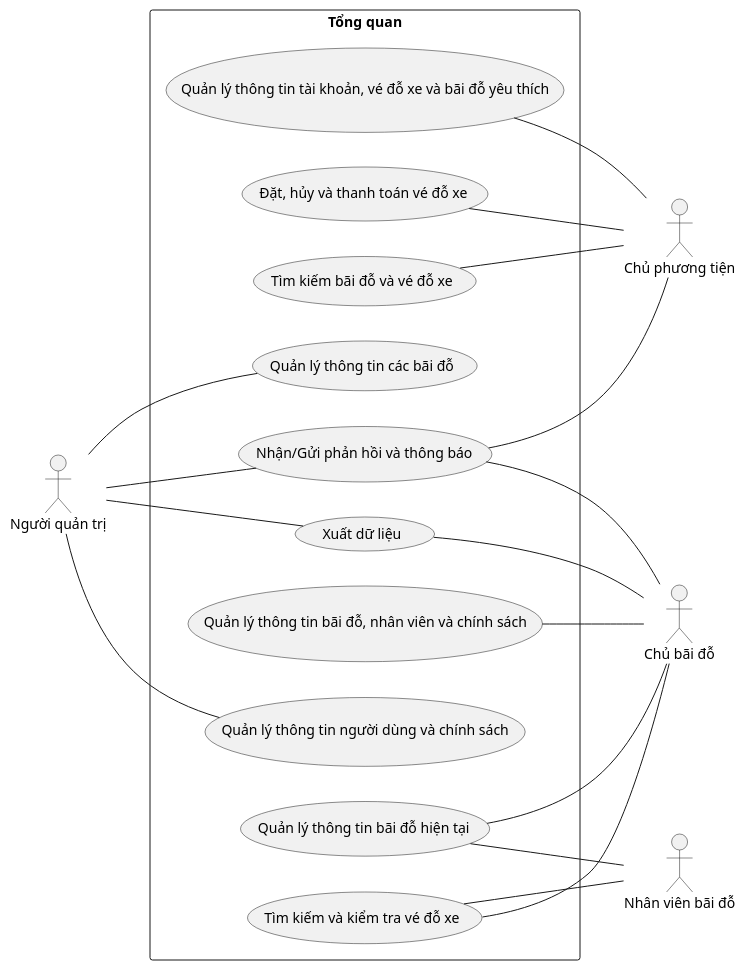
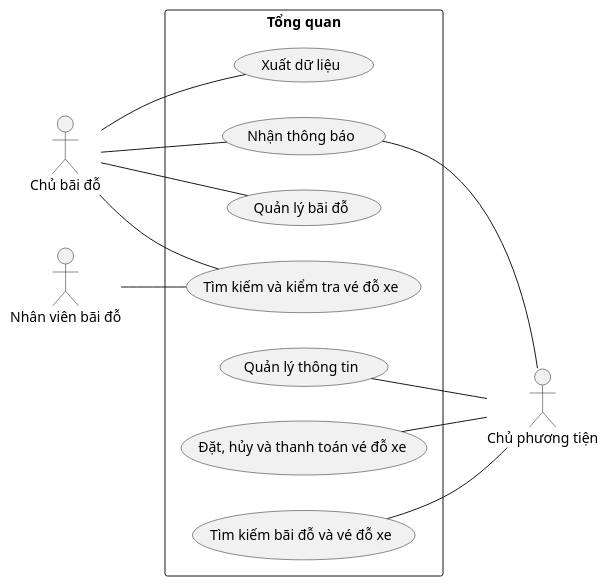
One commit to hieutbui/graduation-diagram changed the diagram in usecase/general.wsd. Above: the diagram before and after it, drawn with PlantUML. The commit also changed 10 other files, not shown here.

```diff
--- a/usecase/general.wsd
+++ b/usecase/general.wsd
@@ -1,32 +1,25 @@
 @startuml general
 
 left to right direction
 skinparam packageStyle rect
 
-actor "Người quản trị" as Admin
+actor "Chủ bãi đỗ" as ParkingOwner
+actor "Nhân viên bãi đỗ" as ParkingStaff
+
 actor "Chủ phương tiện" as VehicleOwner
-actor "Nhân viên bãi đỗ" as ParkingStaff
-actor "Chủ bãi đỗ" as ParkingOwner
 
 rectangle "Tổng quan" as GeneralDiagram {
-  'Admin'
-    Admin -- (Quản lý thông tin các bãi đỗ)
-    Admin -- (Quản lý thông tin người dùng và chính sách)
-    Admin -- (Xuất dữ liệu)
-    Admin -- (Nhận/Gửi phản hồi và thông báo)
   'ParkingStaff'
-    (Quản lý thông tin bãi đỗ hiện tại) -- ParkingStaff
-    (Tìm kiếm và kiểm tra vé đỗ xe) -- ParkingStaff
+    ParkingStaff -- (Tìm kiếm và kiểm tra vé đỗ xe)
   'ParkingOwner'
-    (Quản lý thông tin bãi đỗ, nhân viên và chính sách) -- ParkingOwner
-    (Quản lý thông tin bãi đỗ hiện tại) -- ParkingOwner
-    (Tìm kiếm và kiểm tra vé đỗ xe) -- ParkingOwner
-    (Xuất dữ liệu) -- ParkingOwner
-    (Nhận/Gửi phản hồi và thông báo) -- ParkingOwner
+    ParkingOwner -- (Quản lý bãi đỗ)
+    ParkingOwner -- (Tìm kiếm và kiểm tra vé đỗ xe)
+    ParkingOwner -- (Xuất dữ liệu)
+    ParkingOwner -- (Nhận thông báo)
   'VehicleOwner'
-    (Quản lý thông tin tài khoản, vé đỗ xe và bãi đỗ yêu thích) -- VehicleOwner
+    (Nhận thông báo) - VehicleOwner
+    (Quản lý thông tin) -- VehicleOwner
     (Đặt, hủy và thanh toán vé đỗ xe) -- VehicleOwner
     (Tìm kiếm bãi đỗ và vé đỗ xe) -- VehicleOwner
-    (Nhận/Gửi phản hồi và thông báo) - VehicleOwner
 }
 @enduml
```
